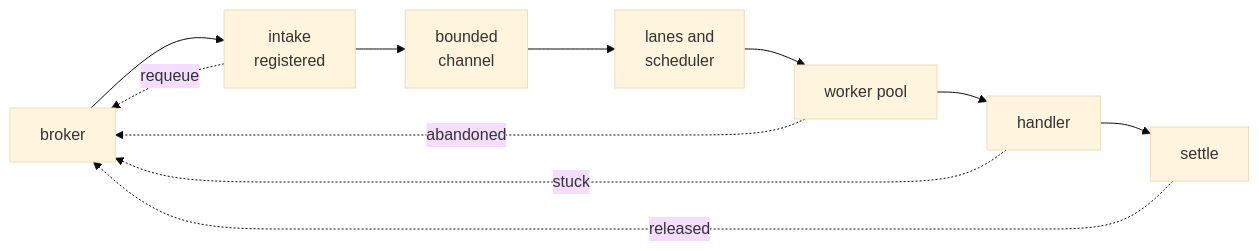
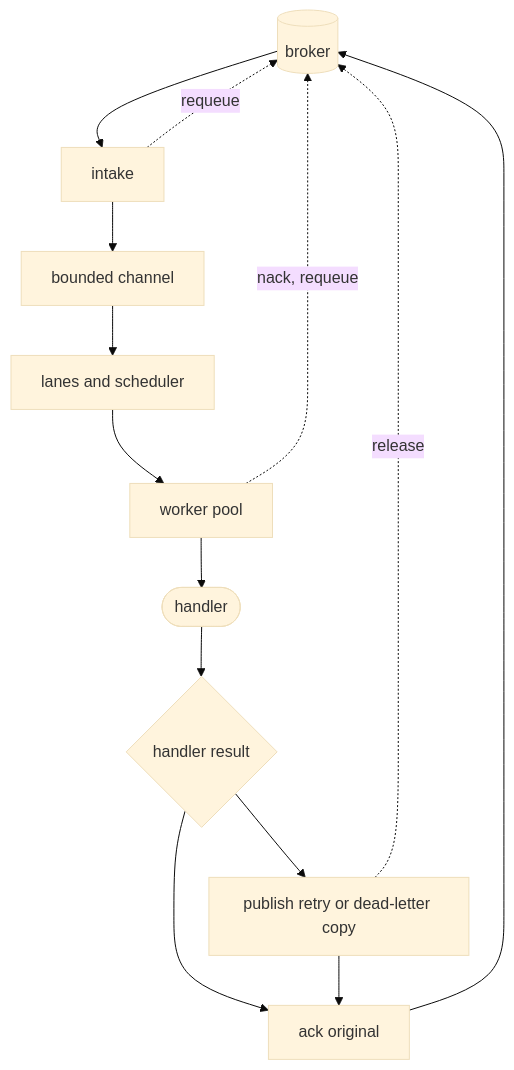
One commit to bktrung/edm_sdk changed the first of 2 diagrams in docs/deep-dives/life-of-a-delivery.md. Above: the diagram before and after it, drawn with Mermaid (base theme). The commit also changed other lines of this file and 242 other files, not shown here.

````diff
--- a/docs/deep-dives/life-of-a-delivery.md
+++ b/docs/deep-dives/life-of-a-delivery.md
@@ -11,13 +13,16 @@
 ```mermaid
-flowchart LR
-    B[broker] --> I[intake<br/>registered]
-    I --> C[bounded<br/>channel]
-    C --> L[lanes and<br/>scheduler]
+flowchart TB
+    B[(broker)] --> I[intake]
+    I --> C[bounded channel]
+    C --> L[lanes and scheduler]
     L --> P[worker pool]
-    P --> H[handler]
-    H --> S[settle]
+    P --> H([handler])
+    H --> D{handler result}
+    D --> A[ack original]
+    D --> S[publish retry or dead-letter copy]
+    S --> A
     I -.->|requeue| B
-    P -.->|abandoned| B
-    H -.->|stuck| B
-    S -.->|released| B
+    P -.->|nack, requeue| B
+    S -.->|release| B
+    A --> B
 ```
````
